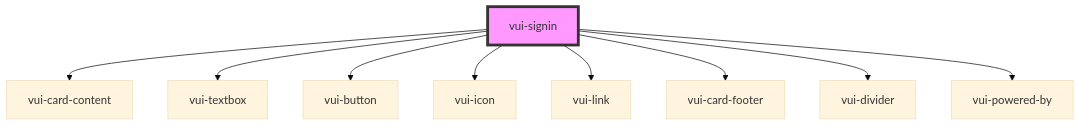
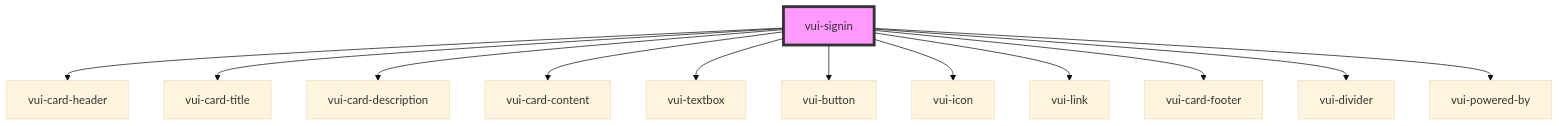
One commit to verite-team/verite-elements changed the diagram in packages/stencil-library/src/components/signin/readme.md. Above: the diagram before and after it, drawn with Mermaid (base theme). The commit also changed other lines of this file and 84 other files, not shown here.

````diff
--- a/packages/stencil-library/src/components/signin/readme.md
+++ b/packages/stencil-library/src/components/signin/readme.md
@@ -35,12 +47,15 @@
 ```mermaid
 graph TD;
+  vui-signin --> vui-card-header
+  vui-signin --> vui-card-title
+  vui-signin --> vui-card-description
   vui-signin --> vui-card-content
   vui-signin --> vui-textbox
   vui-signin --> vui-button
   vui-signin --> vui-icon
   vui-signin --> vui-link
   vui-signin --> vui-card-footer
   vui-signin --> vui-divider
   vui-signin --> vui-powered-by
   style vui-signin fill:#f9f,stroke:#333,stroke-width:4px
 ```
````
